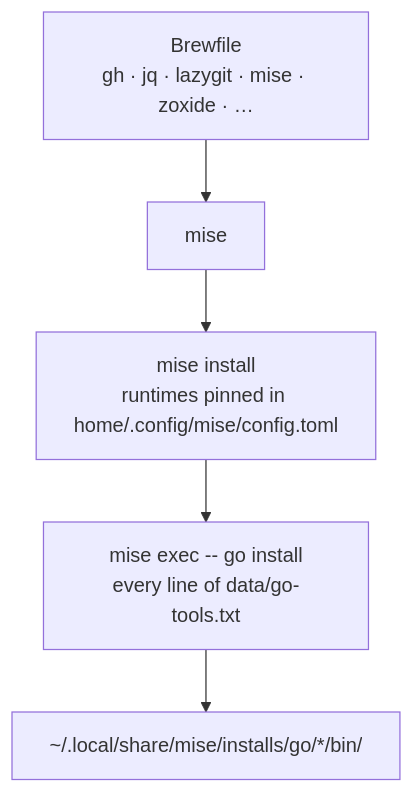
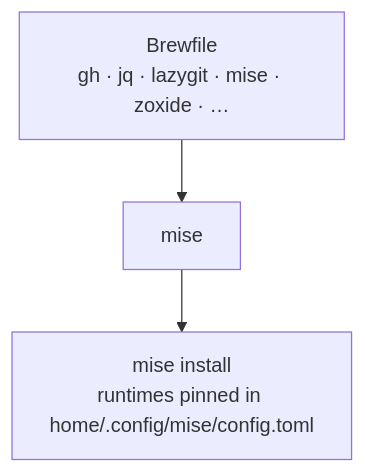
Before and after one commit to martinzachariassen/dotfiles: the diagram in modules/dev-cli/README.md, drawn with Mermaid. The commit also changed other lines of this file and 10 other files, not shown here.

````diff
--- a/modules/dev-cli/README.md
+++ b/modules/dev-cli/README.md
@@ -9,7 +9,5 @@
 ```mermaid
 flowchart TD
   B["Brewfile<br/>gh · jq · lazygit · mise · zoxide · …"] --> M
   M["mise"] --> RT["mise install<br/>runtimes pinned in home/.config/mise/config.toml"]
-  RT --> GO["mise exec -- go install<br/>every line of data/go-tools.txt"]
-  GO --> BIN["~/.local/share/mise/installs/go/*/bin/"]
 ```
````
